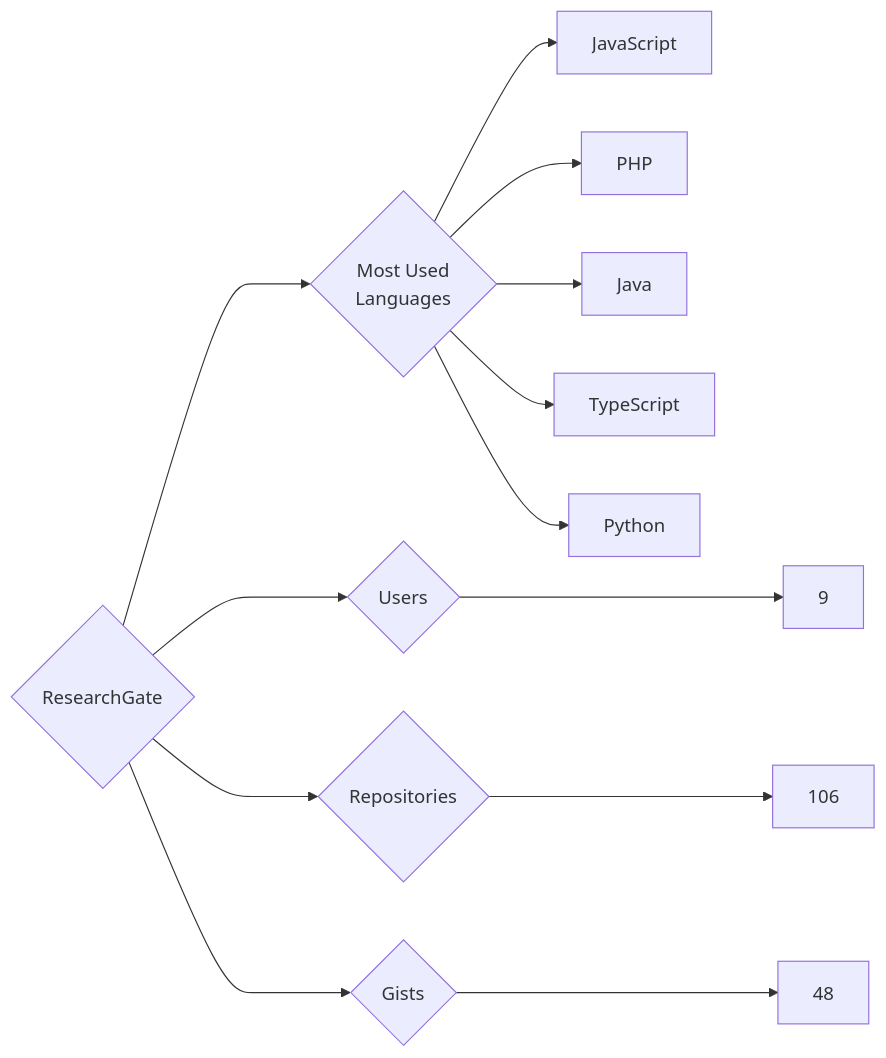
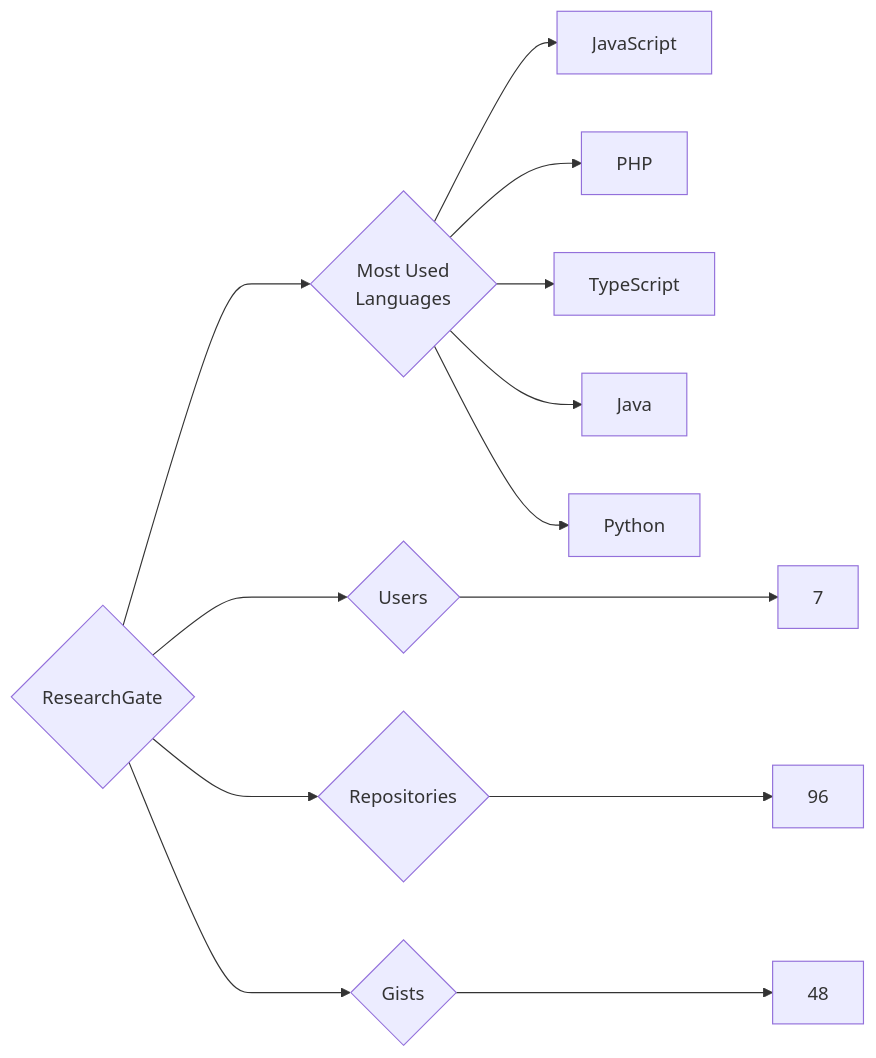
The diagram in targets/ResearchGate/README.md (trickest/insiders), drawn with Mermaid before and after one commit. The commit also changed 965 other files, not shown here.

````diff
--- a/targets/ResearchGate/README.md
+++ b/targets/ResearchGate/README.md
@@ -3,13 +3,13 @@
 ```mermaid
 graph LR
 COMPANY_NAME{ResearchGate}
-COMPANY_NAME ---> U{Users} ---> UN[9]
-COMPANY_NAME ---> R{Repositories} ---> RN[106]
+COMPANY_NAME ---> U{Users} ---> UN[7]
+COMPANY_NAME ---> R{Repositories} ---> RN[96]
 COMPANY_NAME ---> G{Gists} ---> GN[48]
 COMPANY_NAME ---> ML{Most Used<br>Languages}
 ML --> JavaScript[JavaScript]
 ML --> PHP[PHP]
+ML --> TypeScript[TypeScript]
 ML --> Java[Java]
-ML --> TypeScript[TypeScript]
 ML --> Python[Python]
 ```
````
